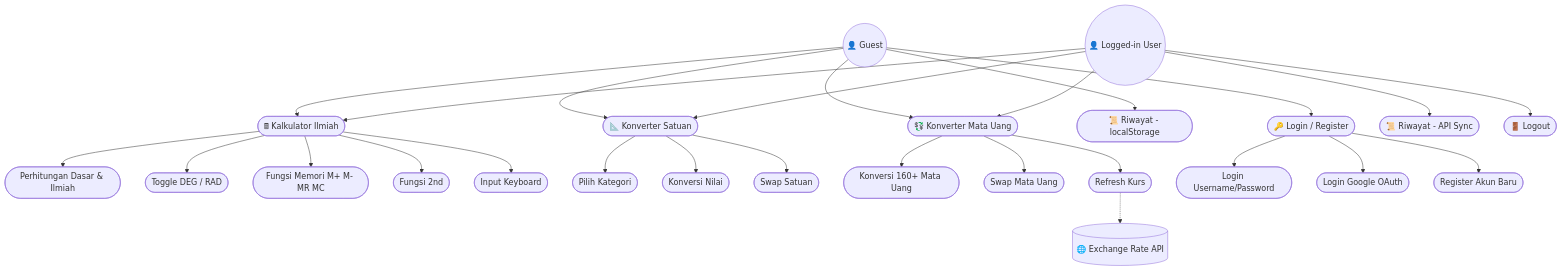
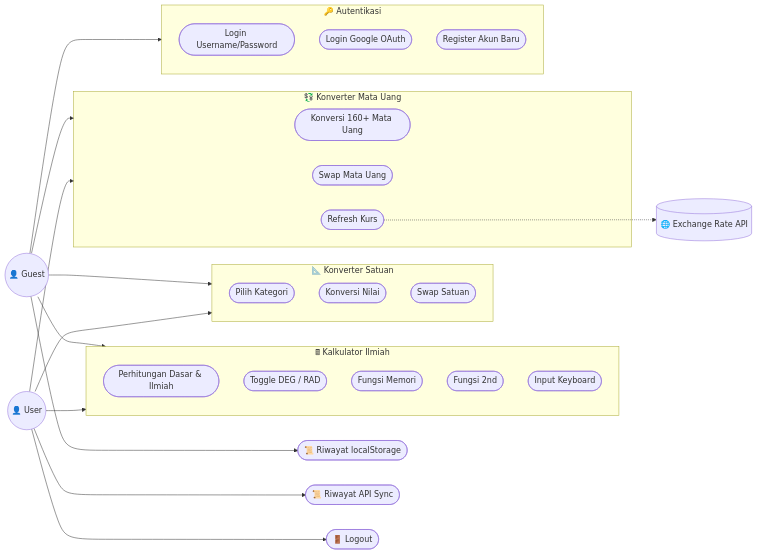
One commit to falcon-ioi/Caclcon changed the first of 6 diagrams in e-concalc-web/README.md. Above: the diagram before and after it, drawn with Mermaid.

Commit message:
docs: redesign Use Case Diagram with clean LR layout and subgraphs

````diff
--- a/e-concalc-web/README.md
+++ b/e-concalc-web/README.md
@@ -92,36 +92,45 @@
 ```mermaid
-flowchart TD
+flowchart LR
     Guest(("👤 Guest"))
-    User(("👤 Logged-in User"))
+    User(("👤 User"))
 
-    Guest --> A(["🖩 Kalkulator Ilmiah"])
-    Guest --> B(["📐 Konverter Satuan"])
-    Guest --> C(["💱 Konverter Mata Uang"])
-    Guest --> D(["📜 Riwayat - localStorage"])
-    Guest --> Auth(["🔑 Login / Register"])
+    subgraph Kalkulator["🖩 Kalkulator Ilmiah"]
+        A1(["Perhitungan Dasar & Ilmiah"])
+        A2(["Toggle DEG / RAD"])
+        A3(["Fungsi Memori"])
+        A4(["Fungsi 2nd"])
+        A5(["Input Keyboard"])
+    end
 
-    User --> A
-    User --> B
-    User --> C
-    User --> E(["📜 Riwayat - API Sync"])
+    subgraph Konverter["📐 Konverter Satuan"]
+        B1(["Pilih Kategori"])
+        B2(["Konversi Nilai"])
+        B3(["Swap Satuan"])
+    end
+
+    subgraph MataUang["💱 Konverter Mata Uang"]
+        C1(["Konversi 160+ Mata Uang"])
+        C2(["Swap Mata Uang"])
+        C3(["Refresh Kurs"])
+    end
+
+    subgraph Auth["🔑 Autentikasi"]
+        Auth1(["Login Username/Password"])
+        Auth2(["Login Google OAuth"])
+        Auth3(["Register Akun Baru"])
+    end
+
+    Guest --> Kalkulator
+    Guest --> Konverter
+    Guest --> MataUang
+    Guest --> D(["📜 Riwayat localStorage"])
+    Guest --> Auth
+
+    User --> Kalkulator
+    User --> Konverter
+    User --> MataUang
+    User --> E(["📜 Riwayat API Sync"])
     User --> F(["🚪 Logout"])
 
-    A --> A1(["Perhitungan Dasar & Ilmiah"])
-    A --> A2(["Toggle DEG / RAD"])
-    A --> A3(["Fungsi Memori M+ M- MR MC"])
-    A --> A4(["Fungsi 2nd"])
-    A --> A5(["Input Keyboard"])
-
-    B --> B1(["Pilih Kategori"])
-    B --> B2(["Konversi Nilai"])
-    B --> B3(["Swap Satuan"])
-
-    C --> C1(["Konversi 160+ Mata Uang"])
-    C --> C2(["Swap Mata Uang"])
-    C --> C3(["Refresh Kurs"])
     C3 -.-> API[("🌐 Exchange Rate API")]
-
-    Auth --> Auth1(["Login Username/Password"])
-    Auth --> Auth2(["Login Google OAuth"])
-    Auth --> Auth3(["Register Akun Baru"])
 ```
````
